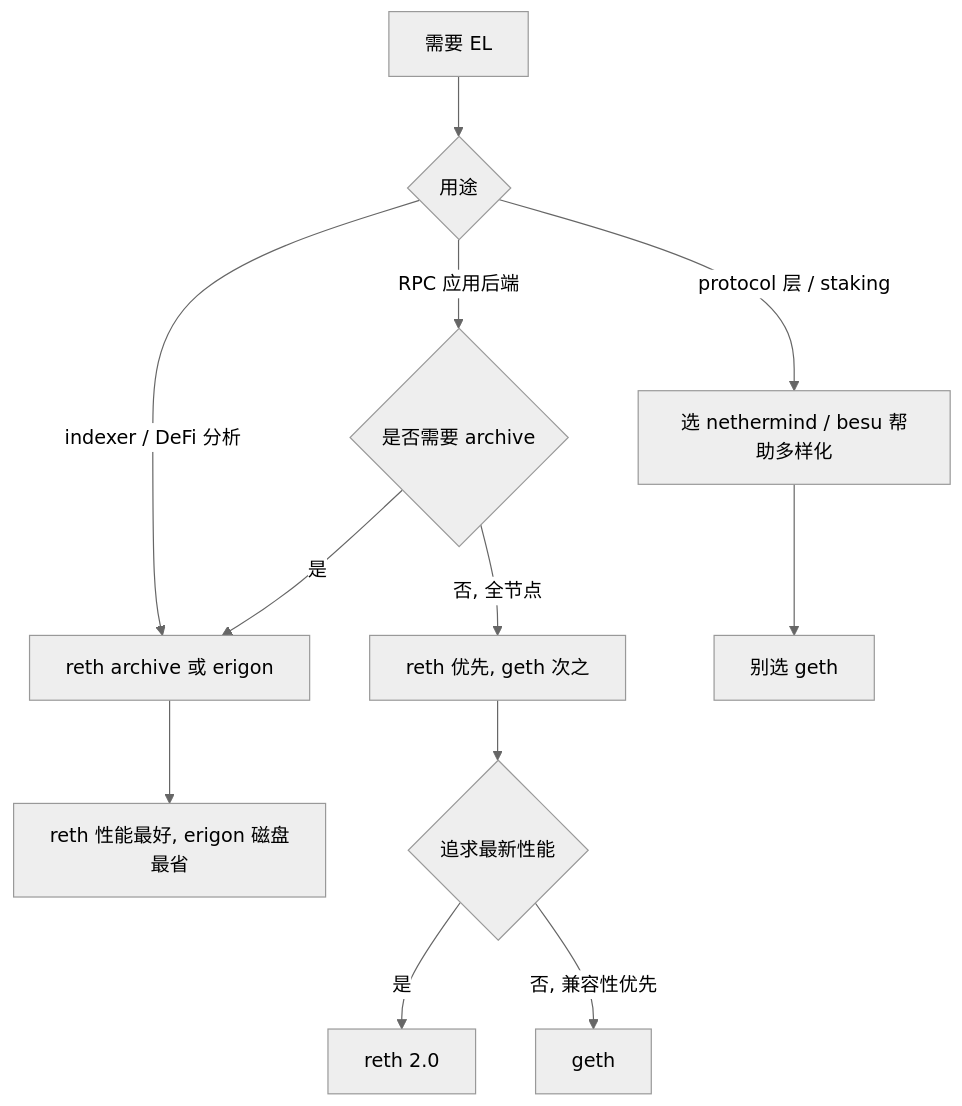
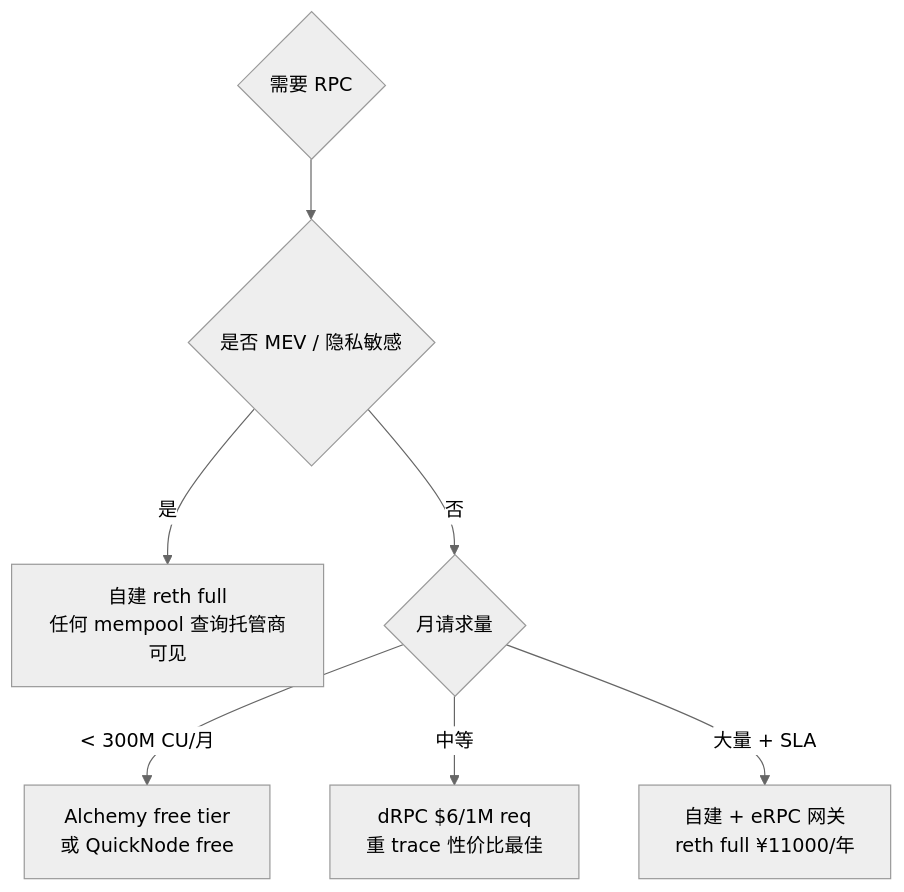
One commit to ChuwuYo/misc-files changed the third of 30 diagrams in web3-engineer-guide/11-基础设施与工具/README.md. Above: the diagram before and after it, drawn with Mermaid (neutral theme). The commit also changed other lines of this file and 211 other files, not shown here.

````diff
--- a/web3-engineer-guide/11-基础设施与工具/README.md
+++ b/web3-engineer-guide/11-基础设施与工具/README.md
@@ -192,14 +155,9 @@
 ```mermaid
 flowchart TD
-    Start[需要 EL] --> A{用途}
-    A -->|RPC 应用后端| B{是否需要 archive}
-    A -->|protocol 层 / staking| C[选 nethermind / besu 帮助多样化]
-    A -->|indexer / DeFi 分析| D[reth archive 或 erigon]
-    B -->|否, 全节点| E[reth 优先, geth 次之]
-    B -->|是| D
-    C --> F[别选 geth]
-    D --> G[reth 性能最好, erigon 磁盘最省]
-    E --> H{追求最新性能}
-    H -->|是| I[reth 2.0]
-    H -->|否, 兼容性优先| J[geth]
+    A{需要 RPC} --> B{是否 MEV / 隐私敏感}
+    B -->|是| C[自建 reth full<br/>任何 mempool 查询托管商可见]
+    B -->|否| D{月请求量}
+    D -->|< 300M CU/月| E[Alchemy free tier<br/>或 QuickNode free]
+    D -->|中等| F[dRPC $6/1M req<br/>重 trace 性价比最佳]
+    D -->|大量 + SLA| G[自建 + eRPC 网关<br/>reth full ¥11000/年]
 ```
````
